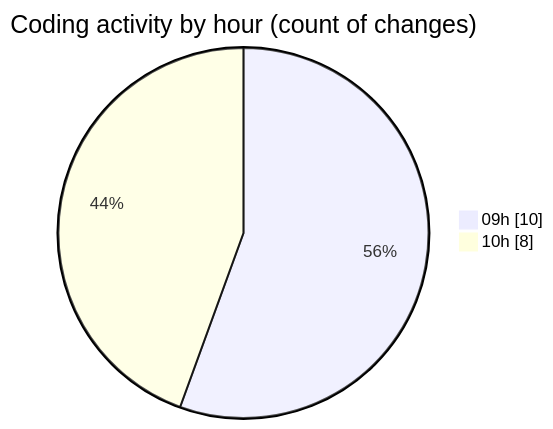
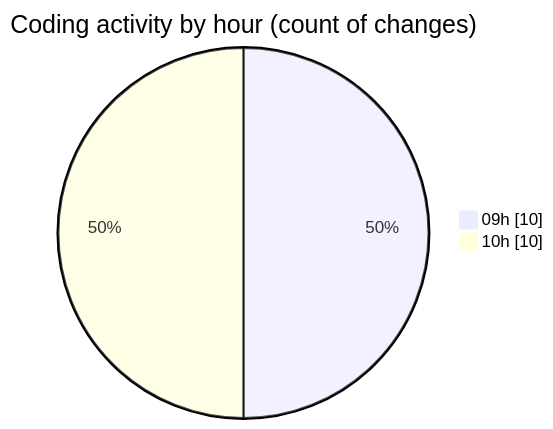
Before and after one commit to momahboobian/code-tracking: the second of 2 diagrams in 2025-03-07/cda/README.md, drawn with Mermaid. The commit also changed other lines of this file and 1 other file, not shown here.

````diff
--- a/2025-03-07/cda/README.md
+++ b/2025-03-07/cda/README.md
@@ -31,6 +33,6 @@
 ```mermaid
 pie showData
 title Coding activity by hour (count of changes)
 "09h" : 10
-"10h" : 8
+"10h" : 10
 ```
````
